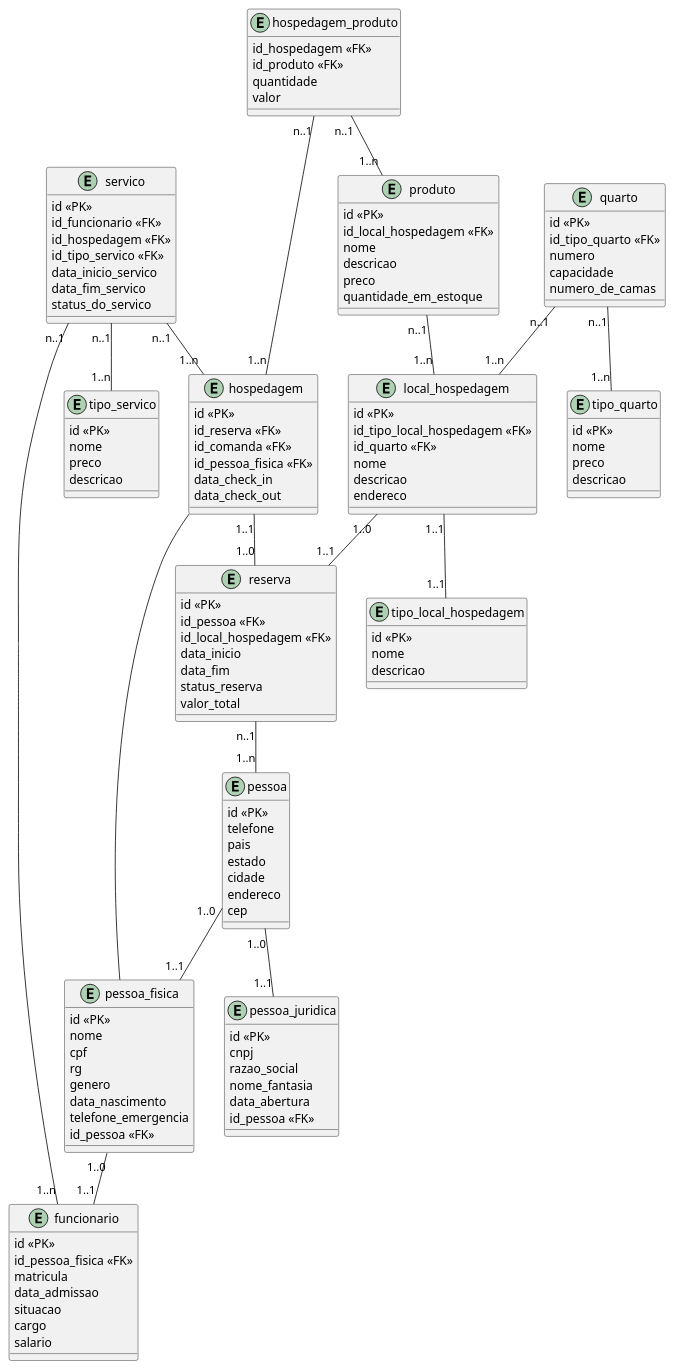
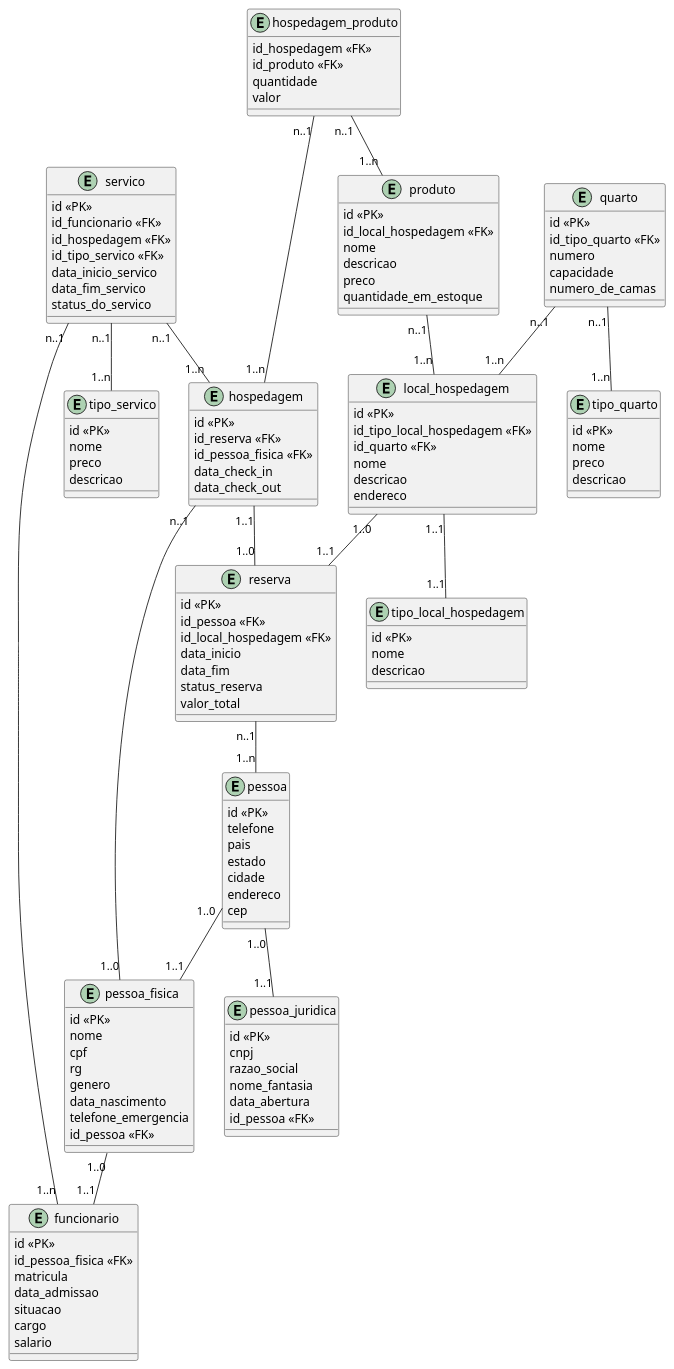
The diagram in Hospedagem.plantuml (Berjooj/Pratica-DB-A1-N1), drawn with PlantUML before and after one commit. The commit also changed 1 other file, not shown here.

```diff
--- a/Hospedagem.plantuml
+++ b/Hospedagem.plantuml
@@ -1,150 +1,149 @@
 @startuml Hospedagem
 
 entity pessoa{
     id <<PK>>
     telefone
     pais
     estado
     cidade
     endereco
     cep
 }
 
 entity pessoa_fisica{
     id <<PK>>
     nome
     cpf
     rg
     genero
     data_nascimento
     telefone_emergencia
     id_pessoa <<FK>>
 }
 
 entity pessoa_juridica{
     id <<PK>>
     cnpj
     razao_social
     nome_fantasia
     data_abertura
     id_pessoa <<FK>>
 }
 
 entity funcionario{
     id <<PK>>
     id_pessoa_fisica <<FK>>
     matricula
     data_admissao
     situacao
     cargo
     salario
 }
 
 entity reserva{
     id <<PK>>
     id_pessoa <<FK>>
     id_local_hospedagem <<FK>>
     data_inicio
     data_fim
     status_reserva
     valor_total
 }
 
 entity hospedagem{
     id <<PK>>
     id_reserva <<FK>>
-    id_comanda <<FK>>
     id_pessoa_fisica <<FK>>
     data_check_in
     data_check_out
 }
 
 entity tipo_local_hospedagem{
     id <<PK>>
     nome
     descricao
 }
 
 entity local_hospedagem{
     id <<PK>>
     id_tipo_local_hospedagem <<FK>>
     id_quarto <<FK>>
     nome
     descricao
     endereco
 }
 
 entity tipo_quarto{
     id <<PK>>
     nome
     preco
     descricao
 }
 
 entity quarto{
     id <<PK>>
     id_tipo_quarto <<FK>>
     numero
     capacidade
     numero_de_camas
 }
 
 entity tipo_servico{
     id <<PK>>
     nome
     preco
     descricao
 }
 
 entity servico{
     id <<PK>>
     id_funcionario <<FK>>
     id_hospedagem <<FK>>
     id_tipo_servico <<FK>>
     data_inicio_servico
     data_fim_servico
     status_do_servico
 }
 
 entity produto{
     id <<PK>>
     id_local_hospedagem <<FK>>
     nome
     descricao
     preco
     quantidade_em_estoque
 }
 
 entity hospedagem_produto{
     id_hospedagem <<FK>>
     id_produto <<FK>>
     quantidade
     valor
 }
 
 pessoa "1..0" -- "1..1" pessoa_fisica
 pessoa "1..0" -- "1..1" pessoa_juridica
 
 pessoa_fisica "1..0" -- "1..1" funcionario
 
 reserva "n..1" -- "1..n" pessoa
 hospedagem "1..1" -- "1..0" reserva
 
 local_hospedagem "1..0" -- "1..1" reserva
 local_hospedagem "1..1" -- "1..1" tipo_local_hospedagem
 
 quarto "n..1" -- "1..n" tipo_quarto
 quarto "n..1" -- "1..n" local_hospedagem
 
 produto "n..1" -- "1..n" local_hospedagem
 
 hospedagem_produto "n..1" -- "1..n" produto
 hospedagem_produto "n..1" -- "1..n" hospedagem
 
 servico "n..1" -- "1..n" tipo_servico
 servico "n..1" -- "1..n" funcionario
 servico "n..1" -- "1..n" hospedagem
 
-hospedagem -- pessoa_fisica
+hospedagem "n..1" -- "1..0" pessoa_fisica
 
 @enduml
```
